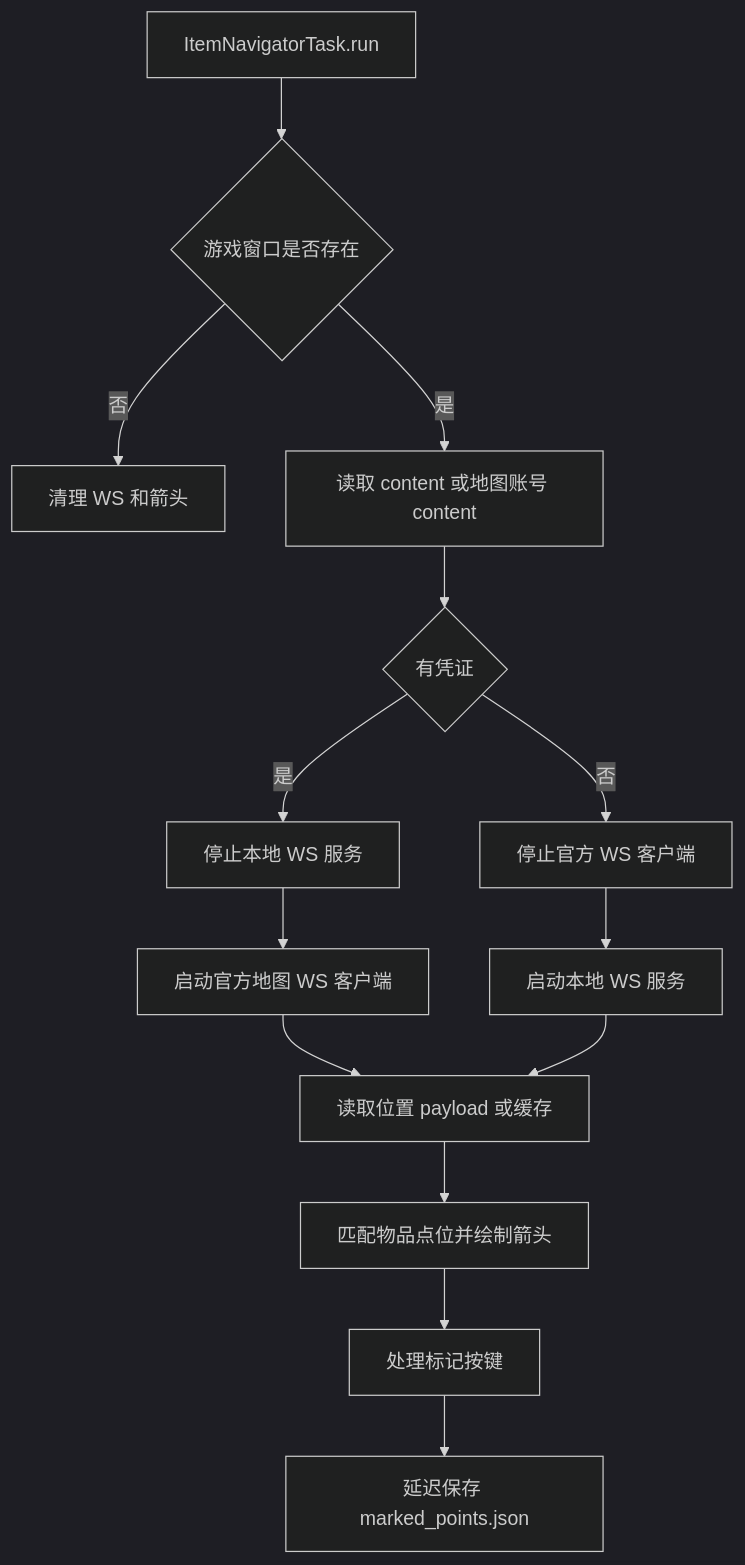
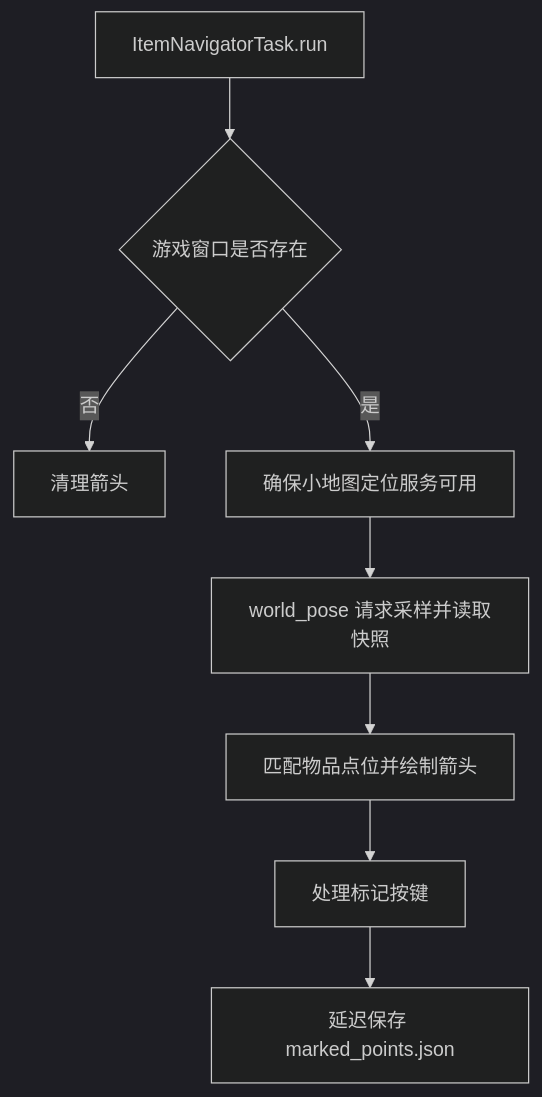
Before and after one commit to AliceJump/ok-end-field: the fifth of 5 diagrams in docs/dev/地图官方WS客户端实现.md, drawn with Mermaid (dark theme). The commit also changed other lines of this file and 248 other files, not shown here.

````diff
--- a/docs/dev/地图官方WS客户端实现.md
+++ b/docs/dev/地图官方WS客户端实现.md
@@ -169,16 +162,10 @@
 ```mermaid
 flowchart TD
     A[ItemNavigatorTask.run] --> B{游戏窗口是否存在}
-    B -->|否| C[清理 WS 和箭头]
-    B -->|是| D[读取 content 或地图账号 content]
-    D --> E{有凭证}
-    E -->|是| F[停止本地 WS 服务]
-    F --> G[启动官方地图 WS 客户端]
-    E -->|否| H[停止官方 WS 客户端]
-    H --> I[启动本地 WS 服务]
-    G --> J[读取位置 payload 或缓存]
-    I --> J
-    J --> K[匹配物品点位并绘制箭头]
-    K --> L[处理标记按键]
-    L --> M[延迟保存 marked_points.json]
+    B -->|否| C[清理箭头]
+    B -->|是| D[确保小地图定位服务可用]
+    D --> E[world_pose 请求采样并读取快照]
+    E --> F[匹配物品点位并绘制箭头]
+    F --> G[处理标记按键]
+    G --> H[延迟保存 marked_points.json]
 ```
````
